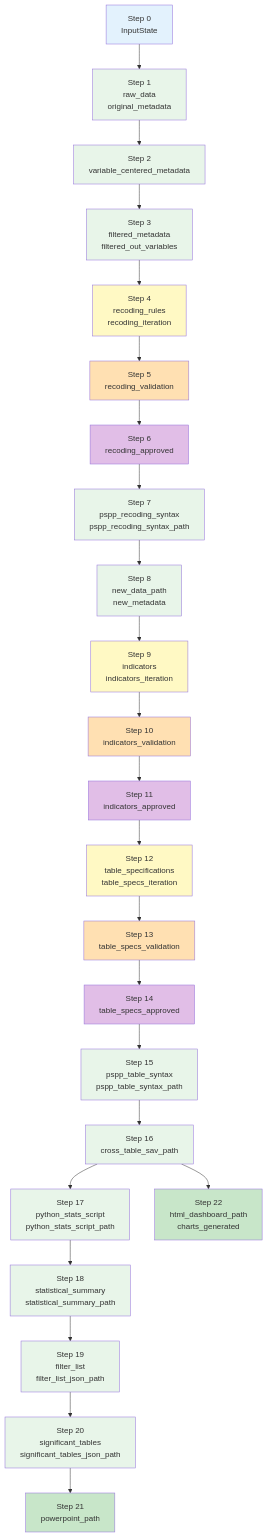
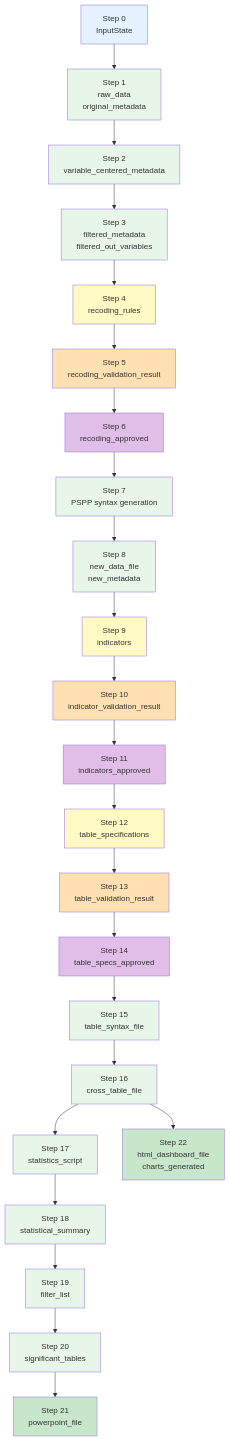
Before and after one commit to abcxyzx0099/datachat: the third of 6 diagrams in docs/application-design/state-management.md, drawn with Mermaid. The commit also changed other lines of this file and 3 other files, not shown here.

````diff
--- a/docs/application-design/state-management.md
+++ b/docs/application-design/state-management.md
@@ -119,61 +118,61 @@
 ```mermaid
 graph TD
     STEP0["Step 0<br/>InputState"]
     STEP1["Step 1<br/>raw_data<br/>original_metadata"]
     STEP2["Step 2<br/>variable_centered_metadata"]
     STEP3["Step 3<br/>filtered_metadata<br/>filtered_out_variables"]
-    STEP4["Step 4<br/>recoding_rules<br/>recoding_iteration"]
-    STEP5["Step 5<br/>recoding_validation"]
+    STEP4["Step 4<br/>recoding_rules"]
+    STEP5["Step 5<br/>recoding_validation_result"]
     STEP6["Step 6<br/>recoding_approved"]
-    STEP7["Step 7<br/>pspp_recoding_syntax<br/>pspp_recoding_syntax_path"]
-    STEP8["Step 8<br/>new_data_path<br/>new_metadata"]
-    STEP9["Step 9<br/>indicators<br/>indicators_iteration"]
-    STEP10["Step 10<br/>indicators_validation"]
+    STEP7["Step 7<br/>PSPP syntax generation"]
+    STEP8["Step 8<br/>new_data_file<br/>new_metadata"]
+    STEP9["Step 9<br/>indicators"]
+    STEP10["Step 10<br/>indicator_validation_result"]
     STEP11["Step 11<br/>indicators_approved"]
-    STEP12["Step 12<br/>table_specifications<br/>table_specs_iteration"]
-    STEP13["Step 13<br/>table_specs_validation"]
+    STEP12["Step 12<br/>table_specifications"]
+    STEP13["Step 13<br/>table_validation_result"]
     STEP14["Step 14<br/>table_specs_approved"]
-    STEP15["Step 15<br/>pspp_table_syntax<br/>pspp_table_syntax_path"]
-    STEP16["Step 16<br/>cross_table_sav_path"]
-    STEP17["Step 17<br/>python_stats_script<br/>python_stats_script_path"]
-    STEP18["Step 18<br/>statistical_summary<br/>statistical_summary_path"]
-    STEP19["Step 19<br/>filter_list<br/>filter_list_json_path"]
-    STEP20["Step 20<br/>significant_tables<br/>significant_tables_json_path"]
-    STEP21["Step 21<br/>powerpoint_path"]
-    STEP22["Step 22<br/>html_dashboard_path<br/>charts_generated"]
+    STEP15["Step 15<br/>table_syntax_file"]
+    STEP16["Step 16<br/>cross_table_file"]
+    STEP17["Step 17<br/>statistics_script"]
+    STEP18["Step 18<br/>statistical_summary"]
+    STEP19["Step 19<br/>filter_list"]
+    STEP20["Step 20<br/>significant_tables"]
+    STEP21["Step 21<br/>powerpoint_file"]
+    STEP22["Step 22<br/>html_dashboard_file<br/>charts_generated"]
 
     STEP0 --> STEP1 --> STEP2 --> STEP3
     STEP3 --> STEP4 --> STEP5 --> STEP6
     STEP6 --> STEP7 --> STEP8
     STEP8 --> STEP9 --> STEP10 --> STEP11
     STEP11 --> STEP12 --> STEP13 --> STEP14
     STEP14 --> STEP15 --> STEP16
     STEP16 --> STEP17 --> STEP18
     STEP18 --> STEP19 --> STEP20
     STEP20 --> STEP21
     STEP16 --> STEP22
 
     style STEP0 fill:#e3f2fd
     style STEP1 fill:#e8f5e9
     style STEP2 fill:#e8f5e9
     style STEP3 fill:#e8f5e9
     style STEP4 fill:#fff9c4
     style STEP5 fill:#ffe0b2
     style STEP6 fill:#e1bee7
     style STEP7 fill:#e8f5e9
     style STEP8 fill:#e8f5e9
     style STEP9 fill:#fff9c4
     style STEP10 fill:#ffe0b2
     style STEP11 fill:#e1bee7
     style STEP12 fill:#fff9c4
     style STEP13 fill:#ffe0b2
     style STEP14 fill:#e1bee7
     style STEP15 fill:#e8f5e9
     style STEP16 fill:#e8f5e9
     style STEP17 fill:#e8f5e9
     style STEP18 fill:#e8f5e9
     style STEP19 fill:#e8f5e9
     style STEP20 fill:#e8f5e9
     style STEP21 fill:#c8e6c9
     style STEP22 fill:#c8e6c9
 ```
````
